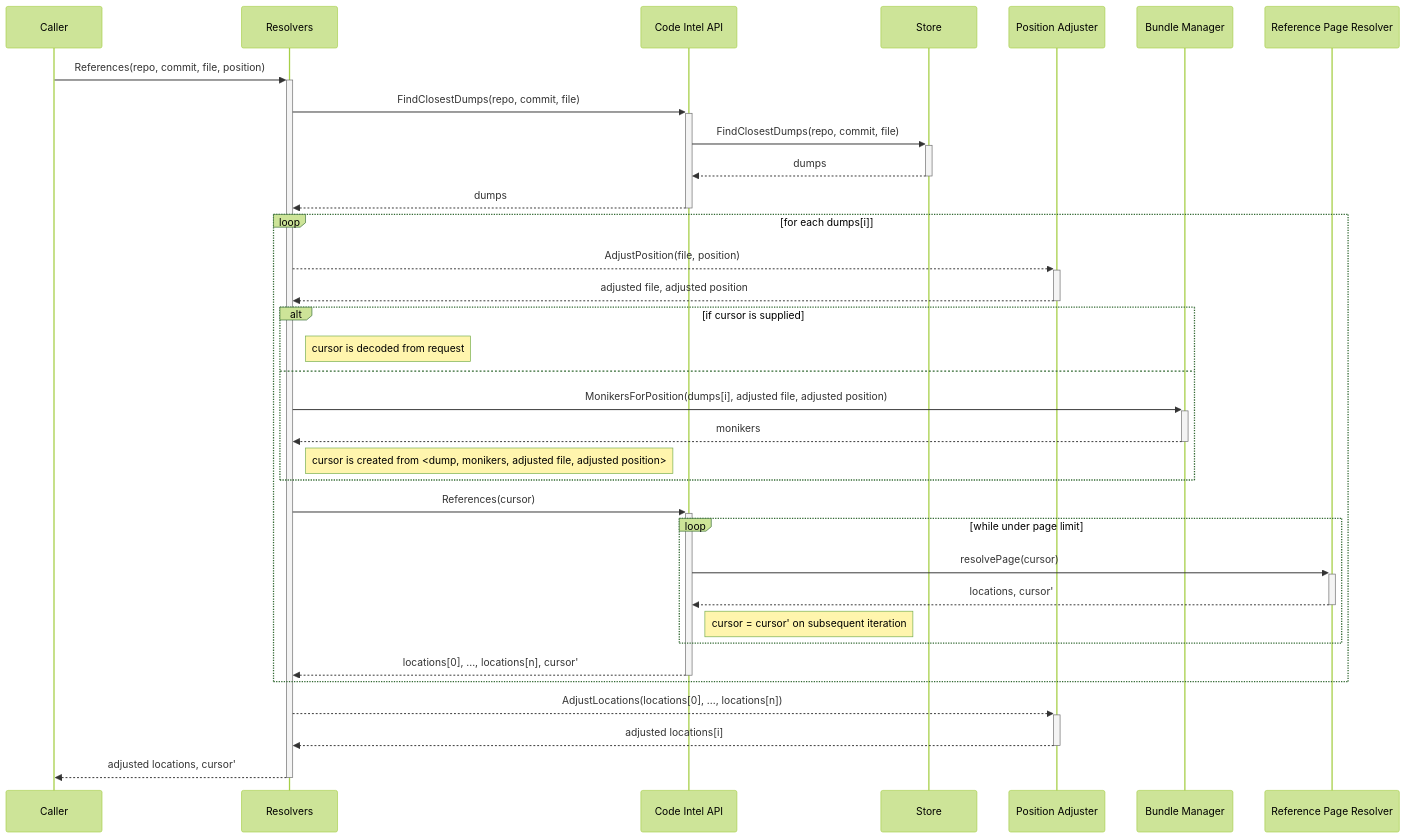
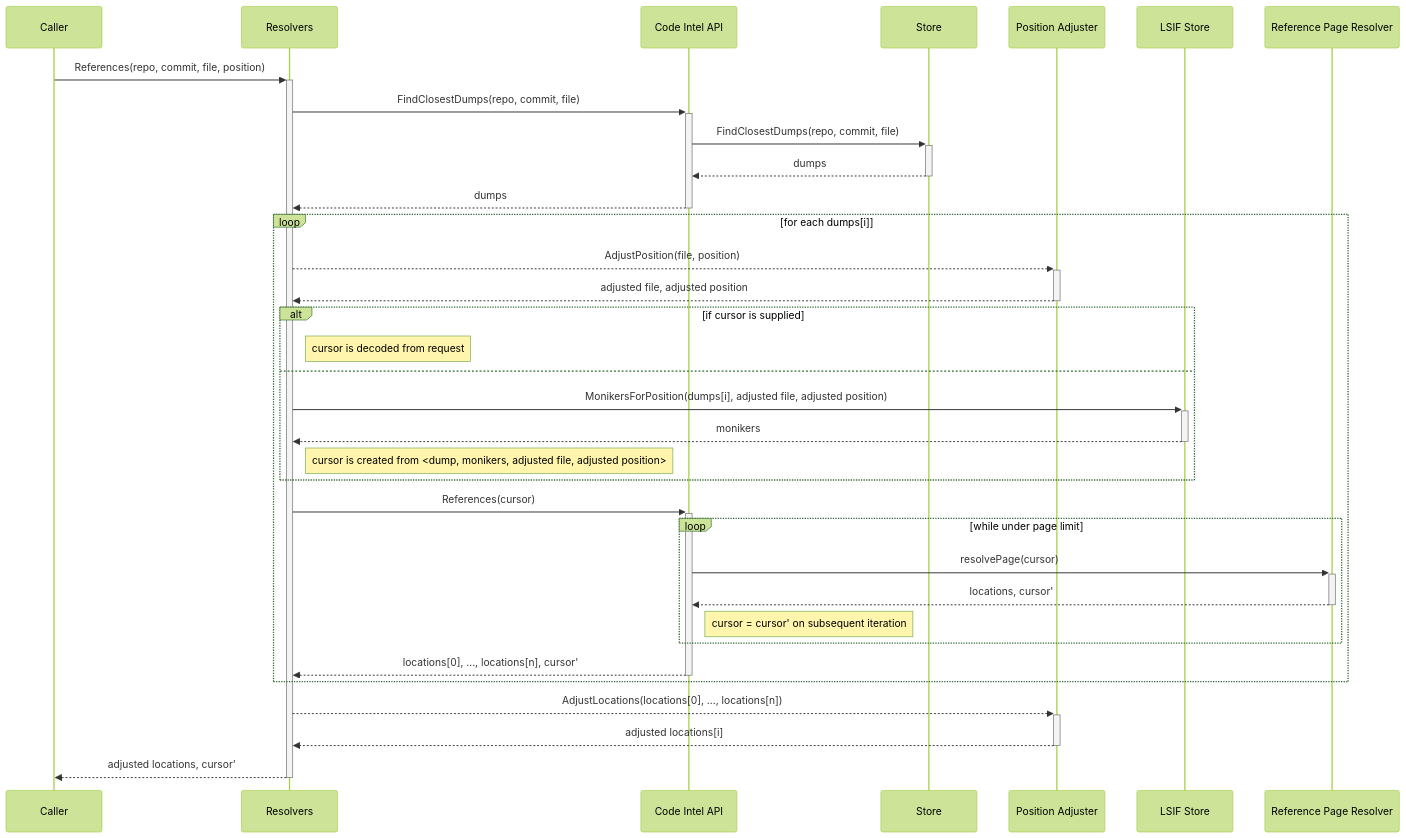
The diagram in doc/dev/background-information/codeintel/diagrams/references.mermaid (sourcegraph/sourcegraph-public-snapshot), drawn with Mermaid (forest theme) before and after one commit. The commit also changed 14 other files, not shown here.

Commit message:
doc: Update codeintel sequence diagrams

```diff
--- a/doc/dev/background-information/codeintel/diagrams/references.mermaid
+++ b/doc/dev/background-information/codeintel/diagrams/references.mermaid
@@ -1,34 +1,34 @@
 sequenceDiagram
   Caller          ->>+ Resolvers: References(repo, commit, file, position)
   Resolvers       ->>+ Code Intel API: FindClosestDumps(repo, commit, file)
   Code Intel API  ->>+ Store: FindClosestDumps(repo, commit, file)
   Store          -->>- Code Intel API: dumps
   Code Intel API -->>- Resolvers: dumps
 
   loop for each dumps[i]
     Resolvers         -->>+ Position Adjuster: AdjustPosition(file, position)
     Position Adjuster -->>- Resolvers: adjusted file, adjusted position
 
     alt if cursor is supplied
       Note right of Resolvers: cursor is decoded from request
     else
-      Resolvers       ->>+ Bundle Manager: MonikersForPosition(dumps[i], adjusted file, adjusted position)
-      Bundle Manager -->>- Resolvers: monikers
+      Resolvers       ->>+ LSIF Store: MonikersForPosition(dumps[i], adjusted file, adjusted position)
+      LSIF Store     -->>- Resolvers: monikers
 
       Note right of Resolvers: cursor is created from <dump, monikers, adjusted file, adjusted position>
     end
 
     Resolvers ->>+ Code Intel API: References(cursor)
 
     loop while under page limit
       Code Intel API           ->>+ Reference Page Resolver: resolvePage(cursor)
       Reference Page Resolver -->>- Code Intel API: locations, cursor'
       Note right of Code Intel API: cursor = cursor' on subsequent iteration
     end
 
     Code Intel API -->>- Resolvers: locations[0], ..., locations[n], cursor'
   end
 
   Resolvers         -->>+ Position Adjuster: AdjustLocations(locations[0], ..., locations[n])
   Position Adjuster -->>- Resolvers: adjusted locations[i]
   Resolvers -->>- Caller: adjusted locations, cursor'
```
